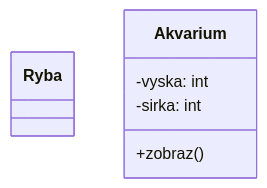
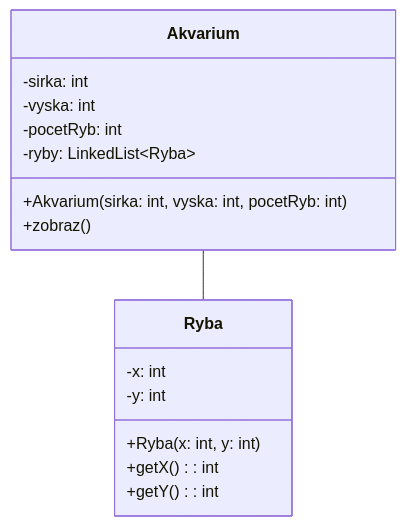
The diagram in cvicenia/src/akvarium.md (SScorp1on/UMB-Prg2), drawn with Mermaid before and after one commit. The commit also changed 4 other files, not shown here.

````diff
--- a/cvicenia/src/akvarium.md
+++ b/cvicenia/src/akvarium.md
@@ -1,11 +1,19 @@
 ```mermaid
 classDiagram
     class Ryba{
-        
+        -x: int
+        -y: int
+        +Ryba(x: int, y: int)
+        +getX(): int
+        +getY(): int
     }
     class Akvarium{
+        -sirka: int
         -vyska: int
-        -sirka: int
+        -pocetRyb: int
+        -ryby: LinkedList~Ryba~
+        +Akvarium(sirka: int, vyska: int, pocetRyb: int)
         +zobraz()
     }
+    Akvarium -- Ryba
 ```
````
